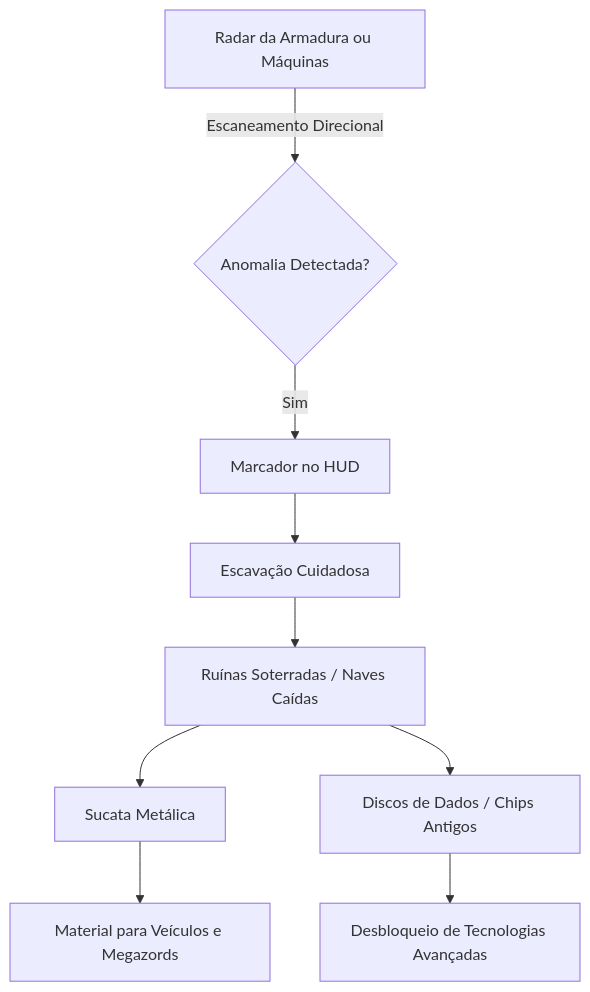
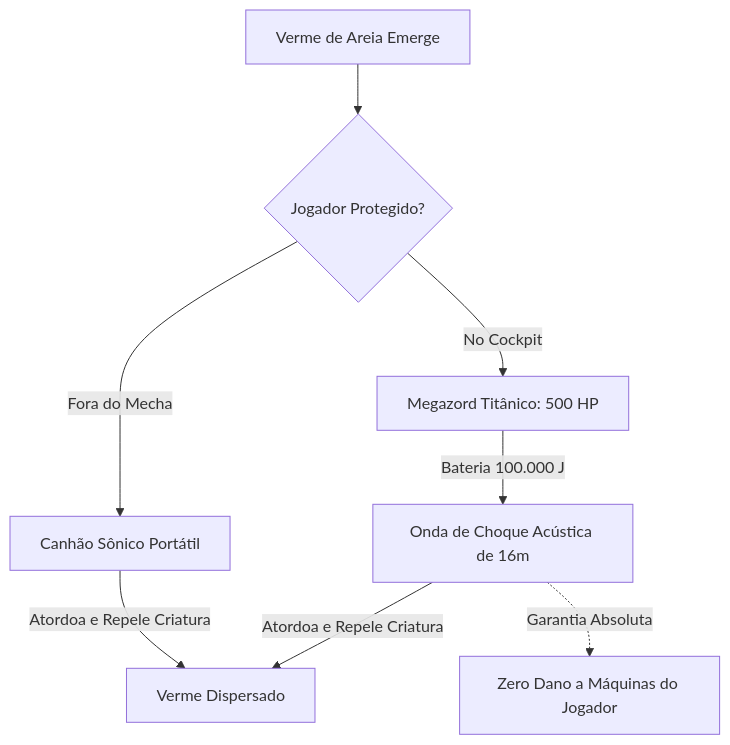
The third of 4 diagrams in README.md (fhfelipefh/SandStorm), drawn with Mermaid before and after one commit. The commit also changed other lines of this file and 2 other files, not shown here.

````diff
--- a/README.md
+++ b/README.md
@@ -93,11 +70,9 @@
 ```mermaid
 graph TD;
-    A[Radar da Armadura ou Máquinas] -->|Escaneamento Direcional| B{Anomalia Detectada?}
-    B -- Sim --> C[Marcador no HUD]
-    C --> D[Escavação Cuidadosa]
-    D --> E[Ruínas Soterradas / Naves Caídas]
-    E --> F[Sucata Metálica]
-    E --> G[Discos de Dados / Chips Antigos]
-    F --> H[Material para Veículos e Megazords]
-    G --> I[Desbloqueio de Tecnologias Avançadas]
+    A[Verme de Areia Emerge] --> B{Jogador Protegido?}
+    B -- Fora do Mecha --> C[Canhão Sônico Portátil]
+    B -- No Cockpit --> D[Megazord Titânico: 500 HP]
+    D -->|Bateria 100.000 J| E[Onda de Choque Acústica de 16m]
+    C & E -->|Atordoa e Repele Criatura| F[Verme Dispersado]
+    E -.->|Garantia Absoluta| G[Zero Dano a Máquinas do Jogador]
 ```
````
